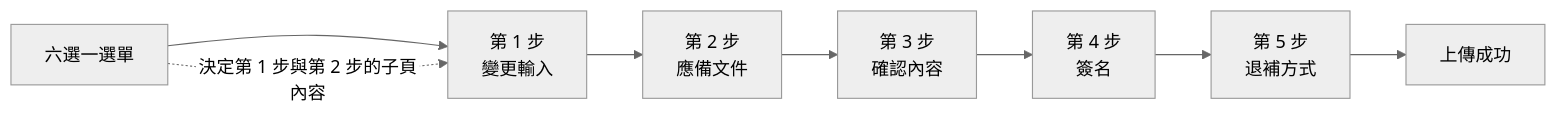
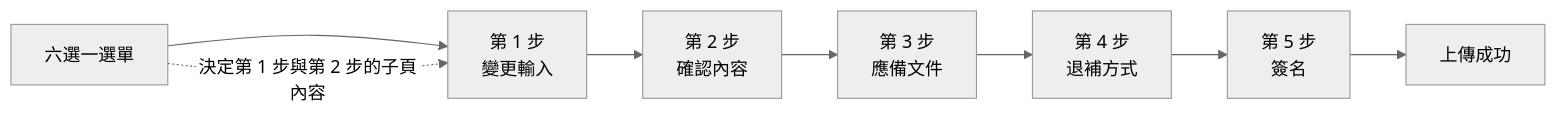
One commit to egg5233/doctest changed the fifth of 14 diagrams in doc-userV2.md. Above: the diagram before and after it, drawn with Mermaid (neutral theme). The commit also changed other lines of this file, not shown here.

````diff
--- a/doc-userV2.md
+++ b/doc-userV2.md
@@ -188,18 +188,18 @@
 ```mermaid
 flowchart LR
     NEWCASE[六選一選單]
     S1[第 1 步<br/>變更輸入]
-    S2[第 2 步<br/>應備文件]
-    S3[第 3 步<br/>確認內容]
-    S4[第 4 步<br/>簽名]
-    S5[第 5 步<br/>退補方式]
+    S2[第 2 步<br/>確認內容]
+    S3[第 3 步<br/>應備文件]
+    S4[第 4 步<br/>退補方式]
+    S5[第 5 步<br/>簽名]
     UP[上傳成功]
 
     NEWCASE --> S1
     S1 --> S2
     S2 --> S3
     S3 --> S4
     S4 --> S5
     S5 --> UP
     NEWCASE -. "決定第 1 步與第 2 步的子頁內容" .-> S1
 ```
````
